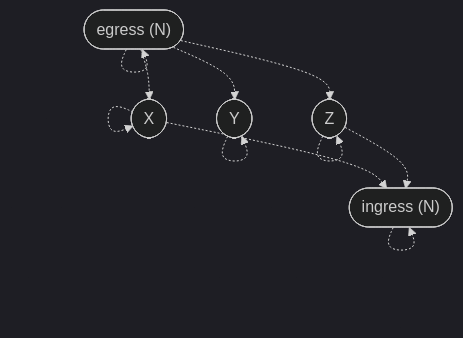
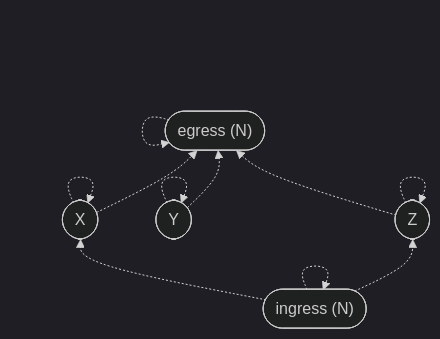
Before and after one commit to stepchowfun/proofs: diagram 14 of 14 in proofs/AdmissibilityGraph/README.md, drawn with Mermaid (dark theme). The commit also changed other lines of this file and 5 other files, not shown here.

Commit message:
Flip the direction of the parent-child edges in the admissibility graph development

````diff
--- a/proofs/AdmissibilityGraph/README.md
+++ b/proofs/AdmissibilityGraph/README.md
@@ -394,20 +419,20 @@
 ```mermaid
-flowchart TD
+flowchart BT
   ne(["egress (N)"])
   x([X])
   y([Y])
   z([Z])
   ni(["ingress (N)"])
 
   ne -.-> ne
   x -.-> x
   y -.-> y
   z -.-> z
   ni -.-> ni
 
-  ne -.-> x
-  ne -.-> y
-  ne -.-> z
-  x -.-> ni
-  z -.-> ni
+  x -.-> ne
+  y -.-> ne
+  z -.-> ne
+  ni -.-> x 
+  ni -.-> z 
 ```
````
